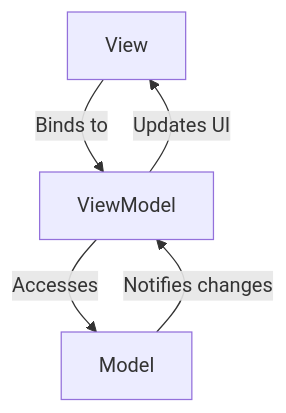
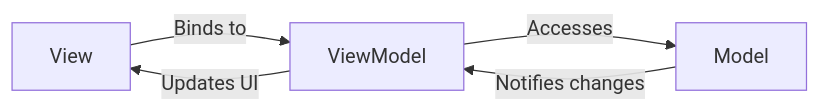
The diagram in maac_mvvm/README.md (MinhMark123123/maac), drawn with Mermaid before and after one commit.

````diff
--- a/maac_mvvm/README.md
+++ b/maac_mvvm/README.md
@@ -1,7 +1,7 @@
 ```mermaid
-graph TD
+flowchart LR
     View -- Binds to --> ViewModel
     ViewModel -- Accesses --> Model
     Model -- Notifies changes --> ViewModel
     ViewModel -- Updates UI --> View
 ```
````
